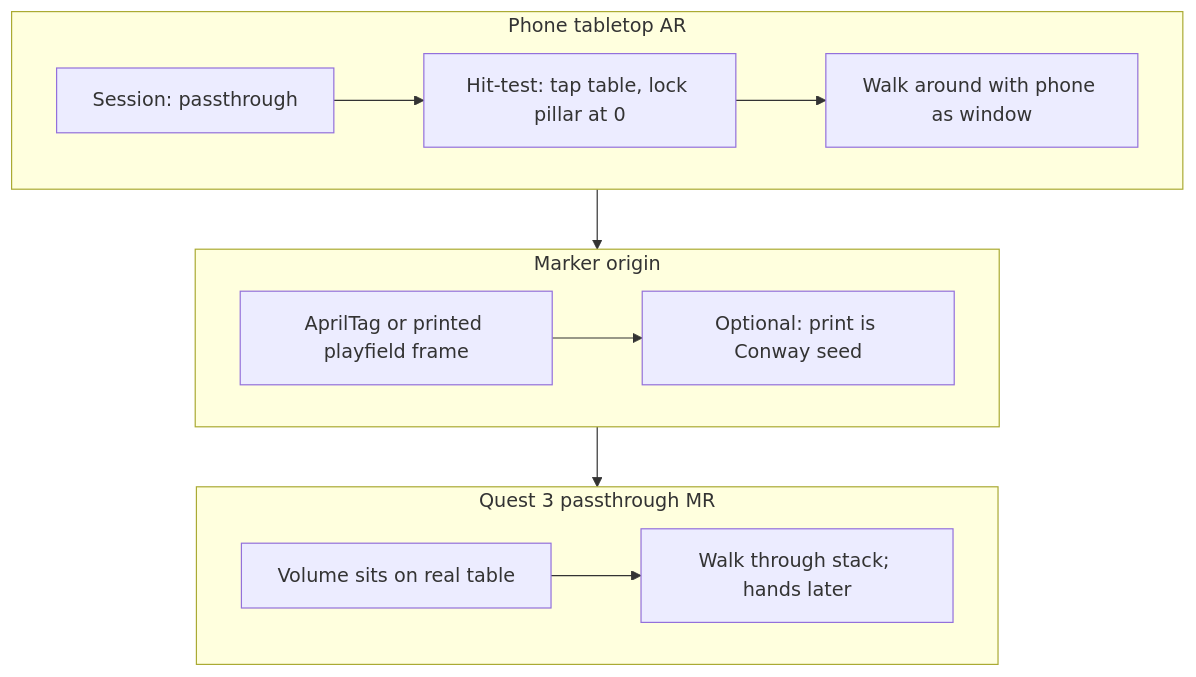
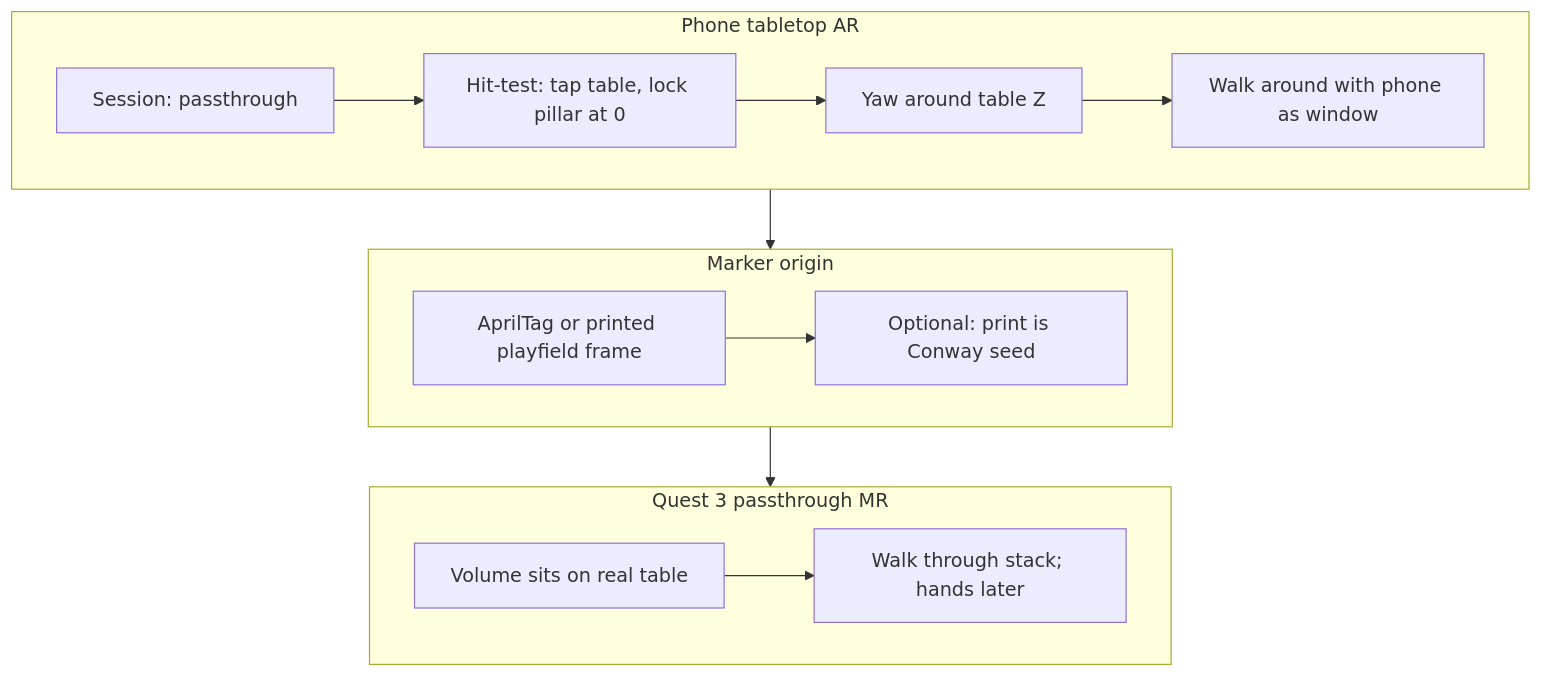
Before and after one commit to PiMaV/DONNER: diagram 24 of 24 in architecture.md, drawn with Mermaid. The commit also changed other lines of this file and 15 other files, not shown here.

Commit message:
Let AR yaw the pillar on the table after place, and steer desktop shading with a light azimuth so orbit stays look-around.

````diff
--- a/architecture.md
+++ b/architecture.md
@@ -825,21 +861,22 @@
 ```mermaid
 flowchart TB
   subgraph phone [Phone tabletop AR]
     sess[Session: passthrough]
     hit[Hit-test: tap table, lock pillar at 0]
+    yaw[Yaw around table Z]
     walk[Walk around with phone as window]
-    sess --> hit --> walk
+    sess --> hit --> yaw --> walk
   end
   subgraph marker [Marker origin]
     tag[AprilTag or printed playfield frame]
     seed[Optional: print is Conway seed]
     tag --> seed
   end
   subgraph quest [Quest 3 passthrough MR]
     table[Volume sits on real table]
     explore[Walk through stack; hands later]
     table --> explore
   end
   phone --> marker
   marker --> quest
 ```
````
